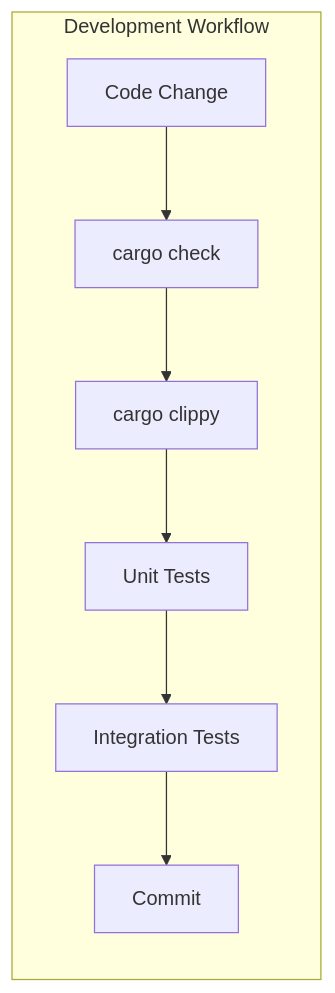
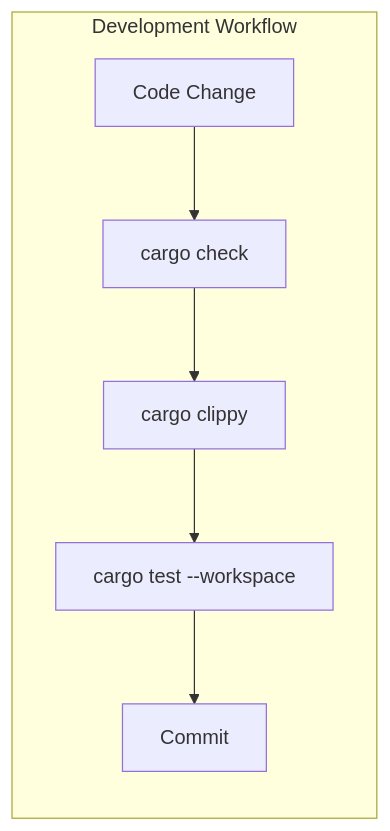
Before and after one commit to liedig/konductor4evb: the diagram in docs/development/testing.md, drawn with Mermaid. The commit also changed other lines of this file and 1 other file, not shown here.

````diff
--- a/docs/development/testing.md
+++ b/docs/development/testing.md
@@ -42,10 +42,9 @@
 ```mermaid
 flowchart LR
     subgraph Workflow[Development Workflow]
         Code[Code Change] --> Check[cargo check]
         Check --> Clippy[cargo clippy]
-        Clippy --> Unit[Unit Tests]
-        Unit --> Integration[Integration Tests]
-        Integration --> Commit[Commit]
+        Clippy --> Tests[cargo test --workspace]
+        Tests --> Commit[Commit]
     end
 ```
````
